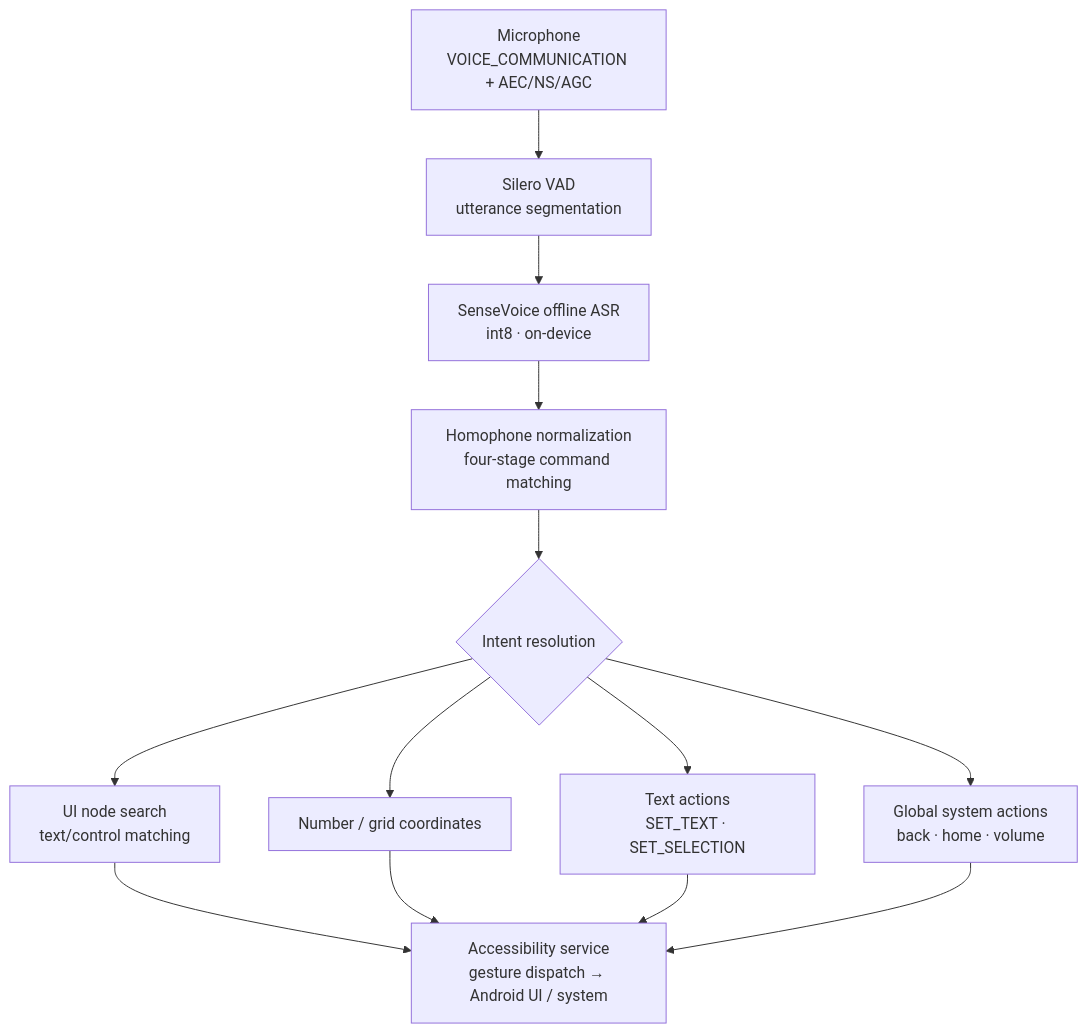
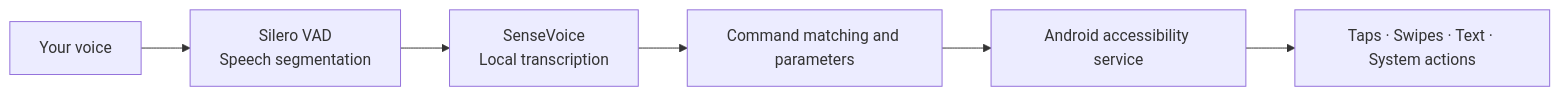
The diagram in README_en.md (qbhugo666/YanChuFaSui), drawn with Mermaid before and after one commit. The commit also changed other lines of this file and 2 other files, not shown here.

````diff
--- a/README_en.md
+++ b/README_en.md
@@ -84,12 +163,8 @@
 ```mermaid
-flowchart TD
-    A[Microphone<br>VOICE_COMMUNICATION + AEC/NS/AGC] --> B[Silero VAD<br>utterance segmentation]
-    B --> C[SenseVoice offline ASR<br>int8 · on-device]
-    C --> D[Homophone normalization<br>four-stage command matching]
-    D --> E{Intent resolution}
-    E --> F[UI node search<br>text/control matching]
-    E --> G[Number / grid coordinates]
-    E --> H[Text actions<br>SET_TEXT · SET_SELECTION]
-    E --> I[Global system actions<br>back · home · volume]
-    F & G & H & I --> J[Accessibility service<br>gesture dispatch → Android UI / system]
+flowchart LR
+    A["Your voice"] --> B["Silero VAD<br/>Speech segmentation"]
+    B --> C["SenseVoice<br/>Local transcription"]
+    C --> D["Command matching and parameters"]
+    D --> E["Android accessibility service"]
+    E --> F["Taps · Swipes · Text · System actions"]
 ```
````
